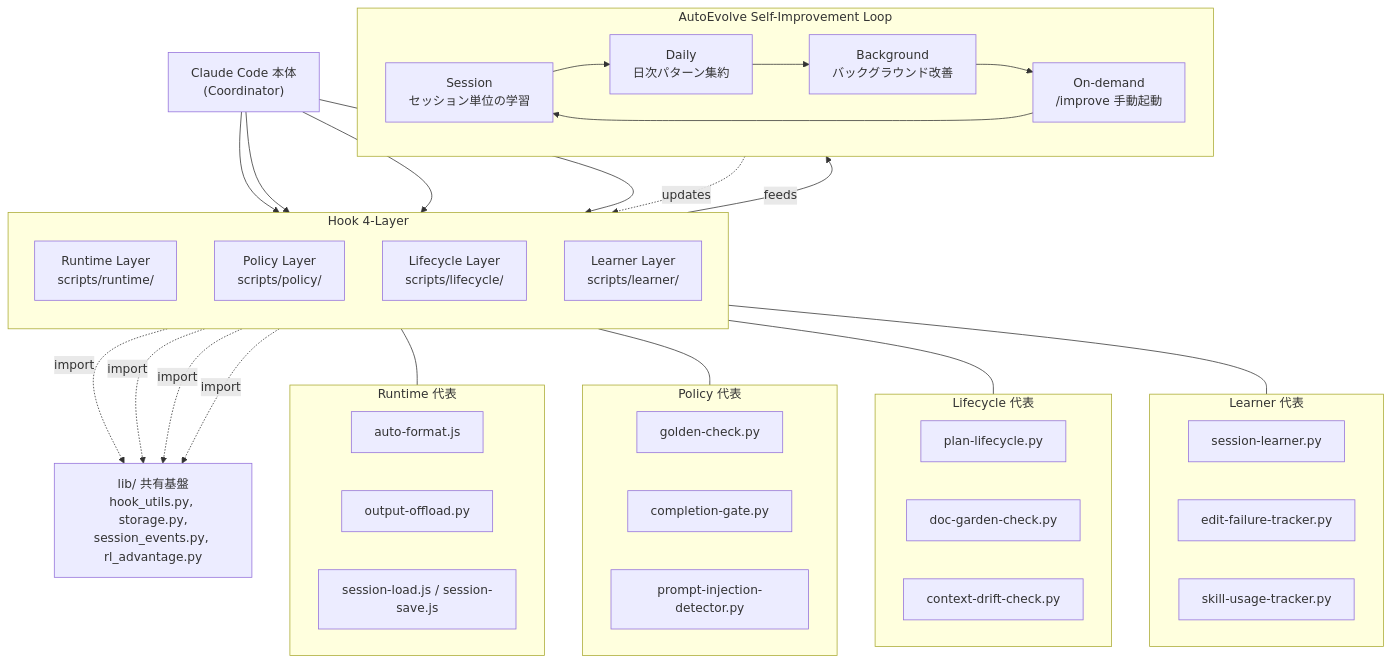
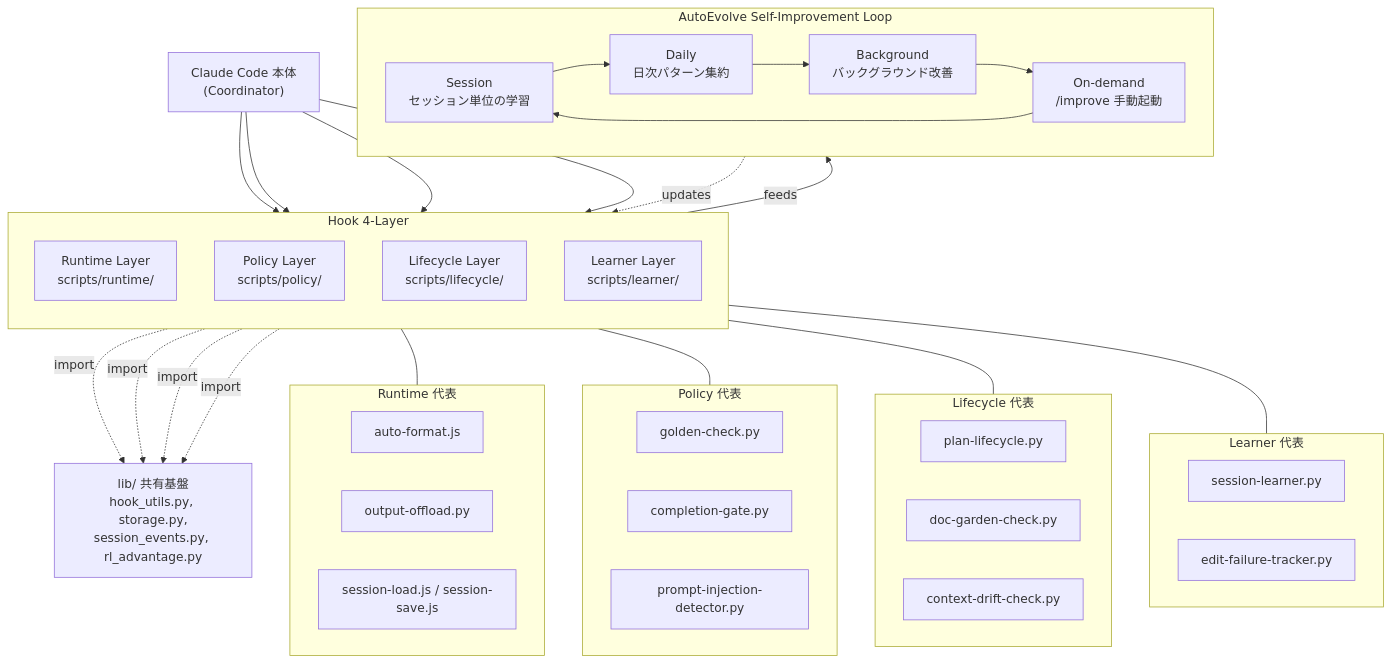
Before and after one commit to takeuchi-shogo/dotfiles: the diagram in .config/claude/references/diagrams/architecture-overview.md, drawn with Mermaid. The commit also changed 10 other files, not shown here.

````diff
--- a/.config/claude/references/diagrams/architecture-overview.md
+++ b/.config/claude/references/diagrams/architecture-overview.md
@@ -12,63 +12,62 @@
 ```mermaid
 graph TD
     CC["Claude Code 本体<br/>(Coordinator)"]
 
     subgraph hooks ["Hook 4-Layer"]
         direction TB
         RT["Runtime Layer<br/>scripts/runtime/"]
         PL["Policy Layer<br/>scripts/policy/"]
         LC["Lifecycle Layer<br/>scripts/lifecycle/"]
         LR["Learner Layer<br/>scripts/learner/"]
     end
 
     subgraph rt_hooks ["Runtime 代表"]
         RT1["auto-format.js"]
         RT2["output-offload.py"]
         RT3["session-load.js / session-save.js"]
     end
 
     subgraph pl_hooks ["Policy 代表"]
         PL1["golden-check.py"]
         PL2["completion-gate.py"]
         PL3["prompt-injection-detector.py"]
     end
 
     subgraph lc_hooks ["Lifecycle 代表"]
         LC1["plan-lifecycle.py"]
         LC2["doc-garden-check.py"]
         LC3["context-drift-check.py"]
     end
 
     subgraph lr_hooks ["Learner 代表"]
         LR1["session-learner.py"]
         LR2["edit-failure-tracker.py"]
-        LR3["skill-usage-tracker.py"]
     end
 
     LIB["lib/ 共有基盤<br/>hook_utils.py, storage.py,<br/>session_events.py, rl_advantage.py"]
 
     CC --> RT
     CC --> PL
     CC --> LC
     CC --> LR
     RT --- rt_hooks
     PL --- pl_hooks
     LC --- lc_hooks
     LR --- lr_hooks
     RT -.->|import| LIB
     PL -.->|import| LIB
     LC -.->|import| LIB
     LR -.->|import| LIB
 
     subgraph autoevolve ["AutoEvolve Self-Improvement Loop"]
         direction LR
         AE1["Session<br/>セッション単位の学習"]
         AE2["Daily<br/>日次パターン集約"]
         AE3["Background<br/>バックグラウンド改善"]
         AE4["On-demand<br/>/improve 手動起動"]
         AE1 --> AE2 --> AE3 --> AE4 --> AE1
     end
 
     LR -->|feeds| AE1
     AE3 -.->|updates| hooks
 ```
````
